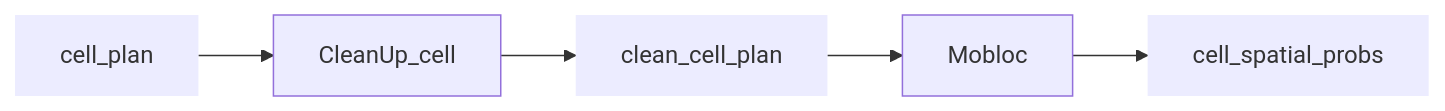
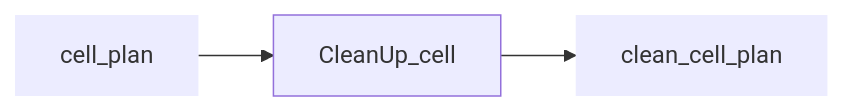
One commit to djvanderlaan/pipeline changed the fifth of 14 diagrams in README.md. Above: the diagram before and after it, drawn with Mermaid. The commit also changed other lines of this file, not shown here.

````diff
--- a/README.md
+++ b/README.md
@@ -55,7 +55,7 @@
 ```mermaid
 flowchart LR
 
-cell_plan:::data --> CleanUp_cell --> clean_cell_plan:::data --> Mobloc --> cell_spatial_probs:::data
+cell_plan:::data --> CleanUp_cell --> clean_cell_plan:::data
 
 classDef data stroke-width:0px
 ```
````
